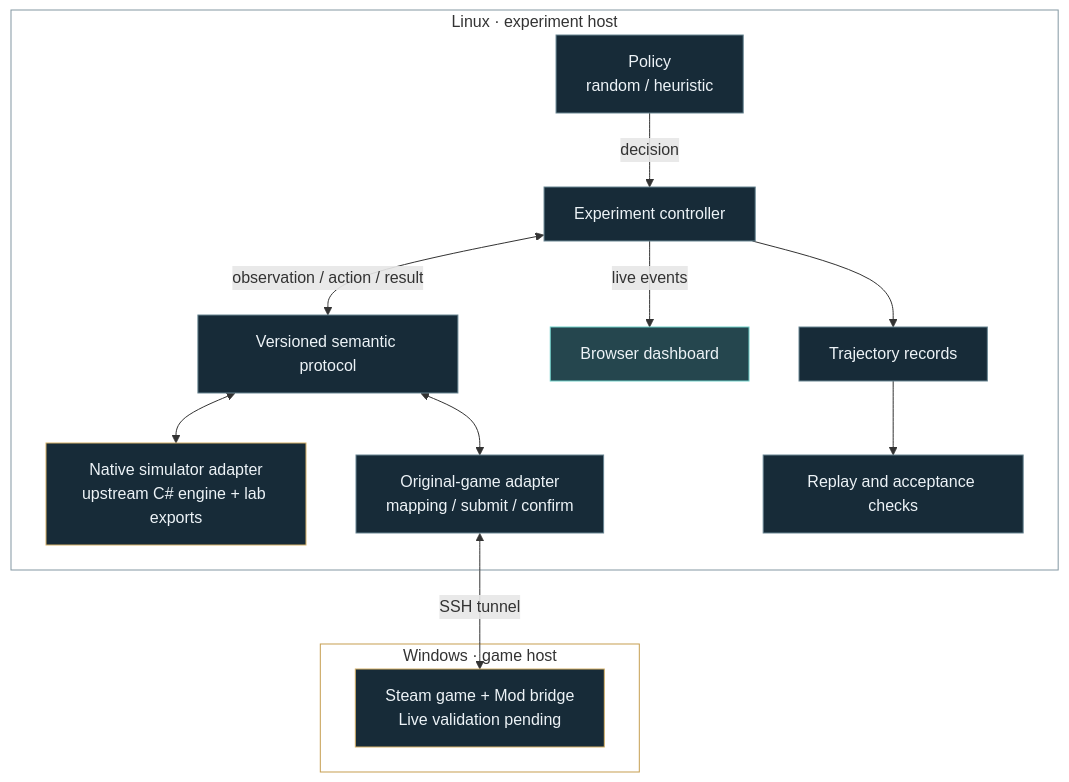
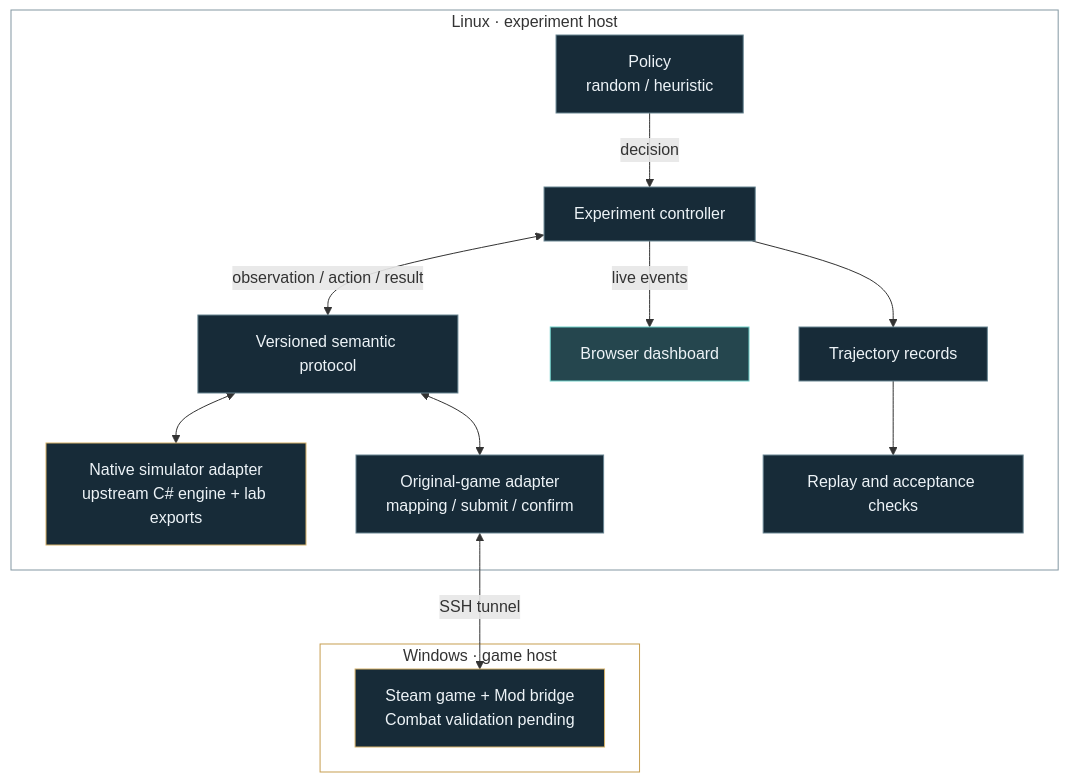
Before and after one commit to Lidz-abel/Spire2Lab: the diagram in README.md, drawn with Mermaid. The commit also changed other lines of this file and 3 other files, not shown here.

````diff
--- a/README.md
+++ b/README.md
@@ -50,23 +50,23 @@
 ```mermaid
 flowchart TB
     subgraph linux["Linux · experiment host"]
         P["Policy<br/>random / heuristic"] -->|decision| R["Experiment controller"]
         R <-->|observation / action / result| C["Versioned semantic protocol"]
         C <--> S["Native simulator adapter<br/>upstream C# engine + lab exports"]
         C <--> O["Original-game adapter<br/>mapping / submit / confirm"]
         R -->|live events| D["Browser dashboard"]
         R --> T["Trajectory records"]
         T --> V["Replay and acceptance checks"]
     end
     subgraph windows["Windows · game host"]
-        G["Steam game + Mod bridge<br/>Live validation pending"]
+        G["Steam game + Mod bridge<br/>Combat validation pending"]
     end
     O <-->|SSH tunnel| G
     classDef default fill:#172B38,stroke:#688592,color:#EDF3F7
     classDef observed fill:#25464E,stroke:#6ECFC8,color:#EDF3F7
     classDef game fill:#172B38,stroke:#D5B168,color:#EDF3F7
     class D observed
     class S,G game
     style linux fill:transparent,stroke:#8397A2
     style windows fill:transparent,stroke:#C69E51
 ```
````
